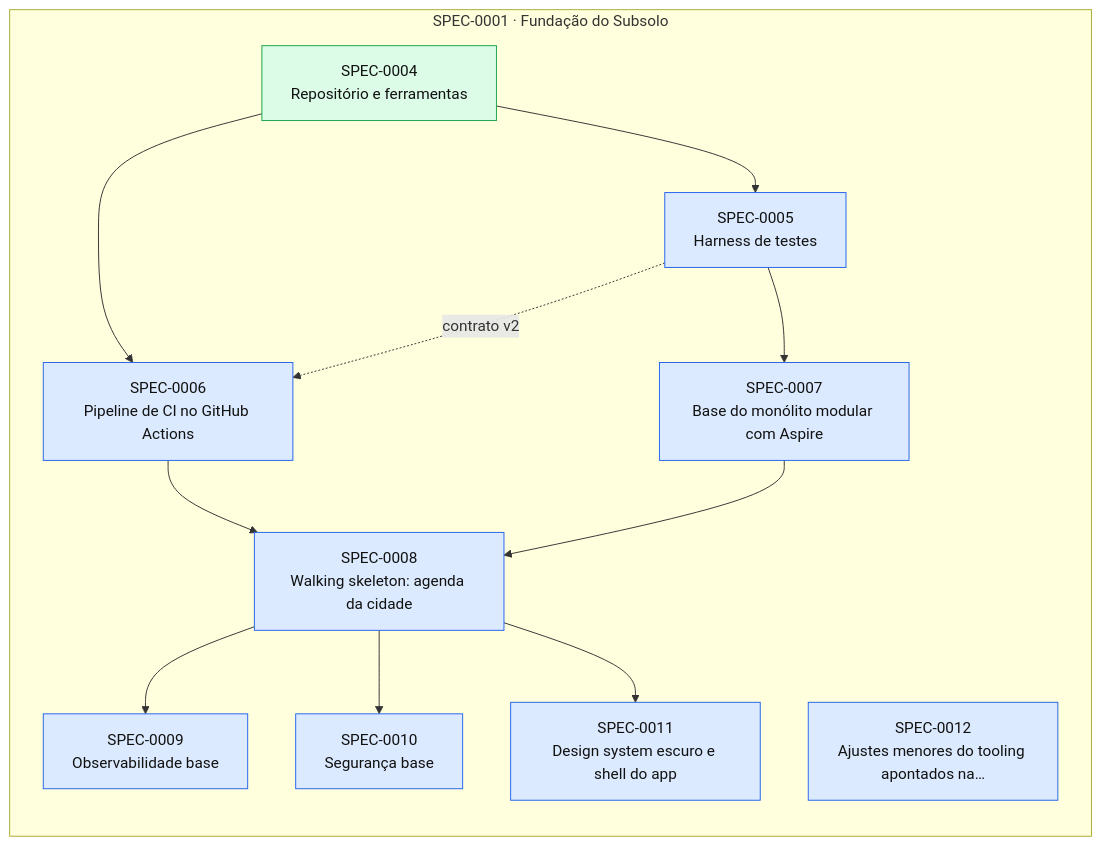
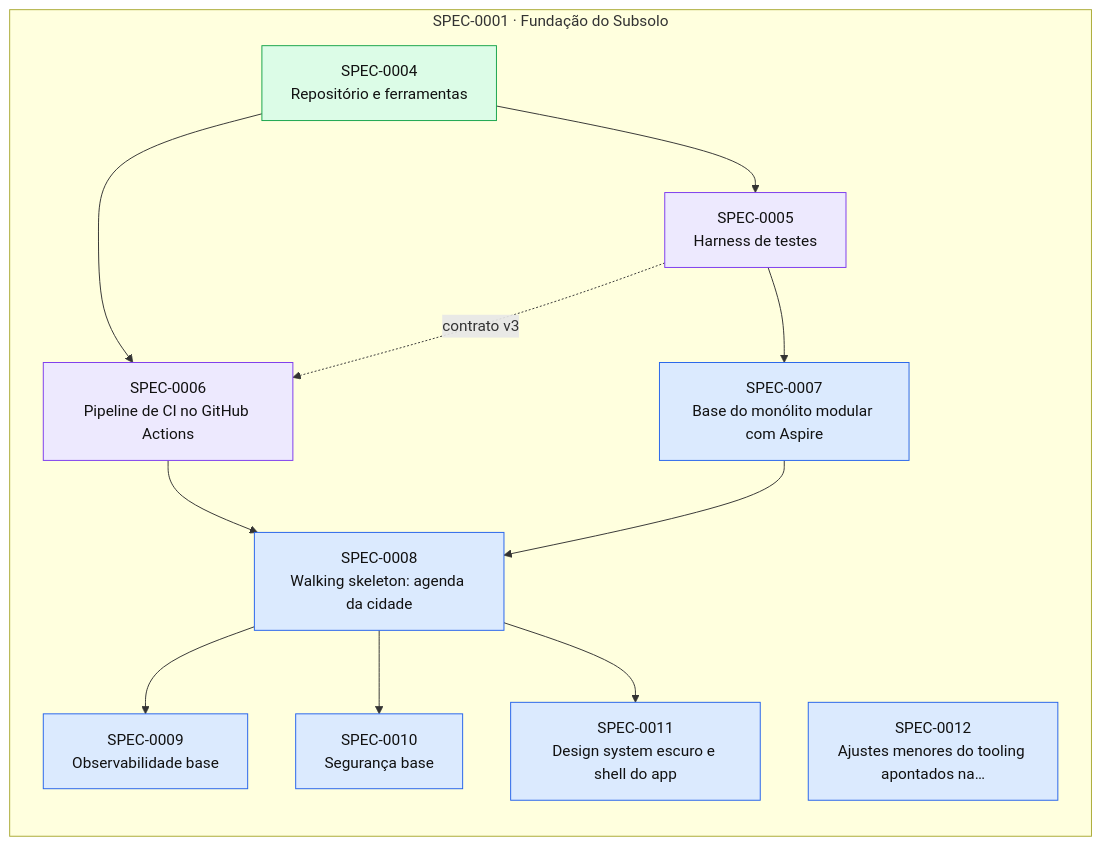
Before and after one commit to thomasravache/subsolo: the diagram in docs/specs/INDEX.md, drawn with Mermaid. The commit also changed other lines of this file and 2 other files, not shown here.

First line of the commit message:
docs(sdd): amend test command to exclude GitHub verification tests

````diff
--- a/docs/specs/INDEX.md
+++ b/docs/specs/INDEX.md
@@ -68,28 +68,28 @@
 ```mermaid
 flowchart LR
   subgraph E0001["SPEC-0001 · Fundação do Subsolo"]
     S0004["SPEC-0004<br/>Repositório e ferramentas"]:::implemented
-    S0005["SPEC-0005<br/>Harness de testes"]:::approved
-    S0006["SPEC-0006<br/>Pipeline de CI no GitHub Actions"]:::approved
+    S0005["SPEC-0005<br/>Harness de testes"]:::inprogress
+    S0006["SPEC-0006<br/>Pipeline de CI no GitHub Actions"]:::inprogress
     S0007["SPEC-0007<br/>Base do monólito modular com Aspire"]:::approved
     S0008["SPEC-0008<br/>Walking skeleton: agenda da cidade"]:::approved
     S0009["SPEC-0009<br/>Observabilidade base"]:::approved
     S0010["SPEC-0010<br/>Segurança base"]:::approved
     S0011["SPEC-0011<br/>Design system escuro e shell do app"]:::approved
     S0012["SPEC-0012<br/>Ajustes menores do tooling apontados na…"]:::approved
   end
   S0004 --> S0005
   S0004 --> S0006
-  S0005 -. contrato v2 .-> S0006
+  S0005 -. contrato v3 .-> S0006
   S0005 --> S0007
   S0006 --> S0008
   S0007 --> S0008
   S0008 --> S0009
   S0008 --> S0010
   S0008 --> S0011
   classDef proposed fill:#fef3c7,stroke:#d97706,color:#111
   classDef approved fill:#dbeafe,stroke:#2563eb,color:#111
   classDef inprogress fill:#ede9fe,stroke:#7c3aed,color:#111
   classDef implemented fill:#dcfce7,stroke:#16a34a,color:#111
   classDef deprecated fill:#f3f4f6,stroke:#9ca3af,color:#6b7280
 ```
````
